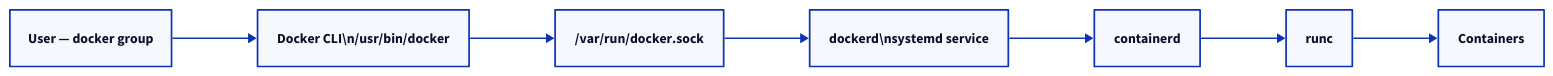
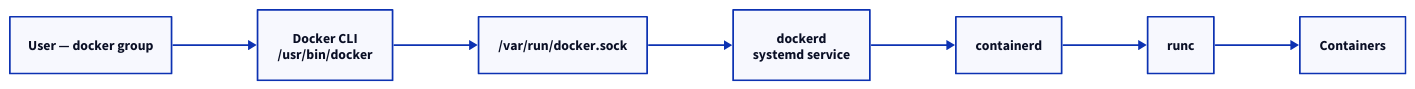
Before and after one commit to rebash-rebash/rebash-academy: the diagram in docs/docker/docker-installation-and-setup.md, drawn with D2. The commit also changed 177 other files, not shown here.

First line of the commit message:
Ship Terraform track, diagram polish, and new brand favicon.

````diff
--- a/docs/docker/docker-installation-and-setup.md
+++ b/docs/docker/docker-installation-and-setup.md
@@ -56,17 +56,17 @@
 ```d2
 direction: right
 
 USER: "User — docker group"
-    CLI: "Docker CLI\\n/usr/bin/docker"
+    CLI: "Docker CLI\n/usr/bin/docker"
     SOCK: "/var/run/docker.sock"
-    DAEMON: "dockerd\\nsystemd service"
+    DAEMON: "dockerd\nsystemd service"
     CONTAINERD: containerd
     RUNC: runc
     CONT: Containers
     USER -> CLI
     CLI -> SOCK
     SOCK -> DAEMON
     DAEMON -> CONTAINERD
     CONTAINERD -> RUNC
     RUNC -> CONT
 ```
````
